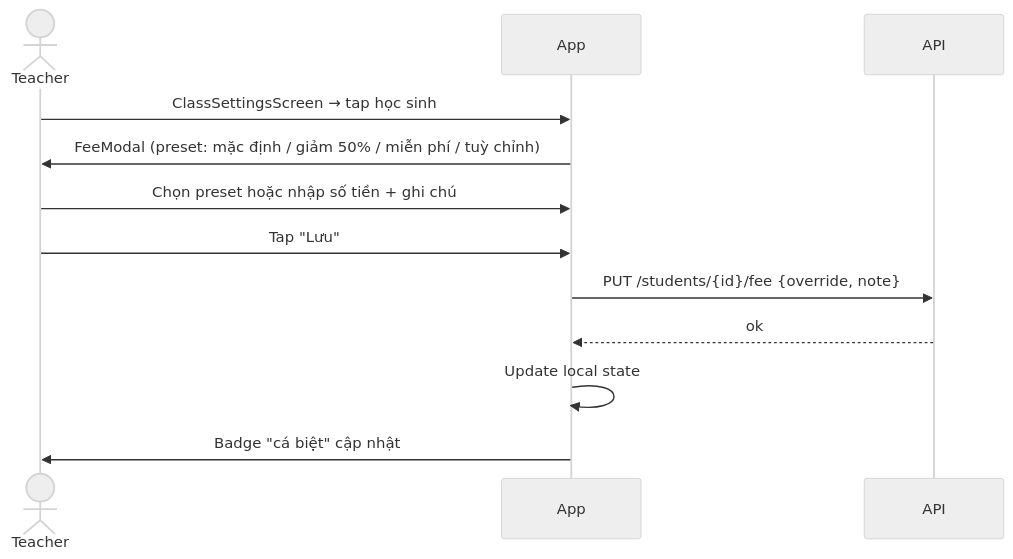
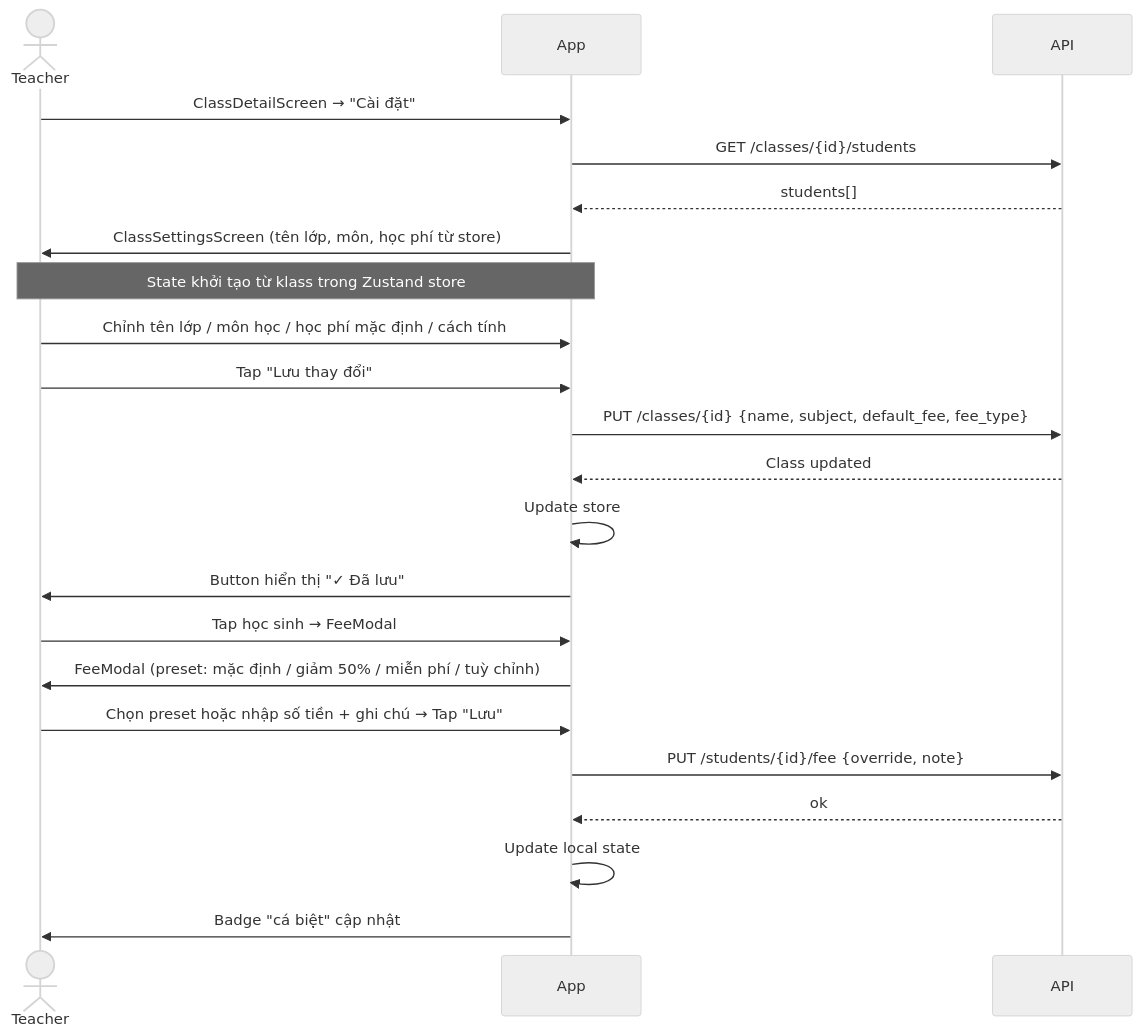
Before and after one commit to tungtaoday/daythem: the fifth of 14 diagrams in docs/UX_FLOWS.md, drawn with Mermaid (neutral theme). The commit also changed other lines of this file and 5 other files, not shown here.

First line of the commit message:
fix: UX luong quan ly lop — breadcrumb, ClassSettings that, them hoc sinh inline

````diff
--- a/docs/UX_FLOWS.md
+++ b/docs/UX_FLOWS.md
@@ -106,15 +121,27 @@
 ```mermaid
 sequenceDiagram
     actor Teacher
     participant App
     participant API
 
-    Teacher->>App: ClassSettingsScreen → tap học sinh
+    Teacher->>App: ClassDetailScreen → "Cài đặt"
+    App->>API: GET /classes/{id}/students
+    API-->>App: students[]
+    App->>Teacher: ClassSettingsScreen (tên lớp, môn, học phí từ store)
+    Note over App,Teacher: State khởi tạo từ klass trong Zustand store
+
+    Teacher->>App: Chỉnh tên lớp / môn học / học phí mặc định / cách tính
+    Teacher->>App: Tap "Lưu thay đổi"
+    App->>API: PUT /classes/{id} {name, subject, default_fee, fee_type}
+    API-->>App: Class updated
+    App->>App: Update store
+    App->>Teacher: Button hiển thị "✓ Đã lưu"
+
+    Teacher->>App: Tap học sinh → FeeModal
     App->>Teacher: FeeModal (preset: mặc định / giảm 50% / miễn phí / tuỳ chỉnh)
-    Teacher->>App: Chọn preset hoặc nhập số tiền + ghi chú
-    Teacher->>App: Tap "Lưu"
+    Teacher->>App: Chọn preset hoặc nhập số tiền + ghi chú → Tap "Lưu"
     App->>API: PUT /students/{id}/fee {override, note}
     API-->>App: ok
     App->>App: Update local state
     App->>Teacher: Badge "cá biệt" cập nhật
 ```
````
